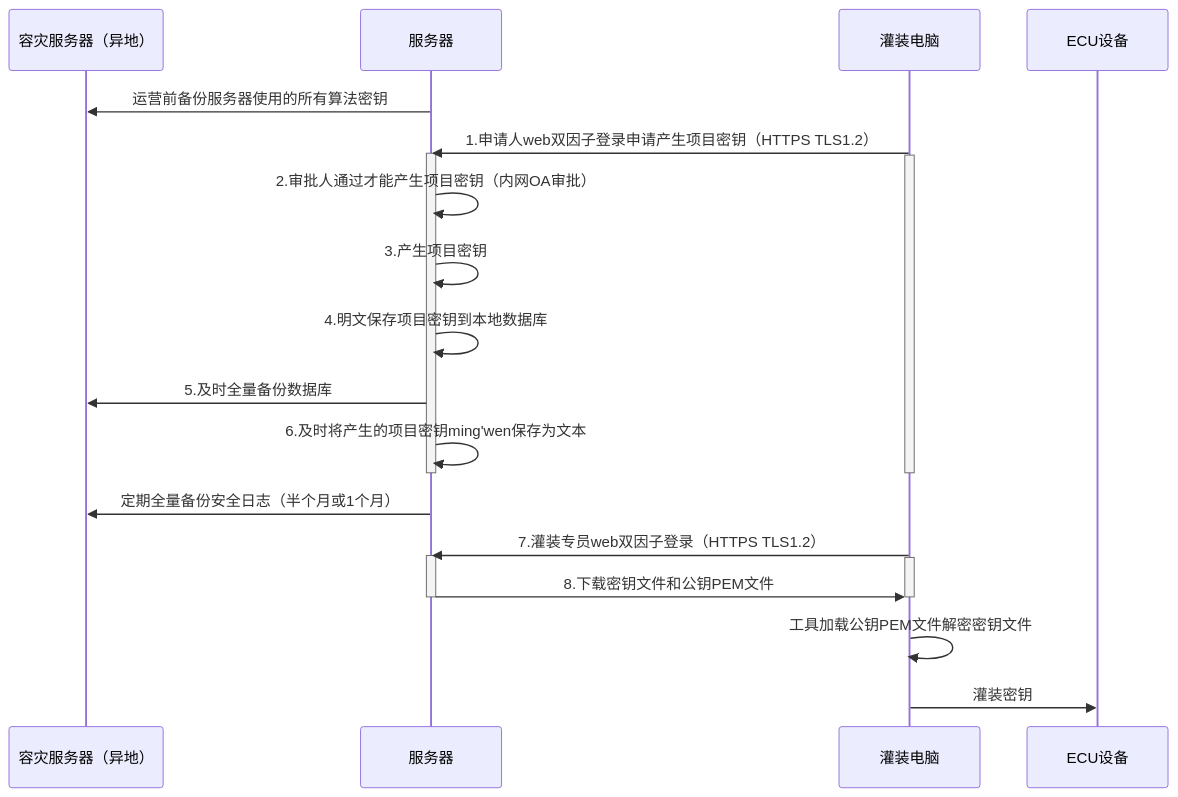
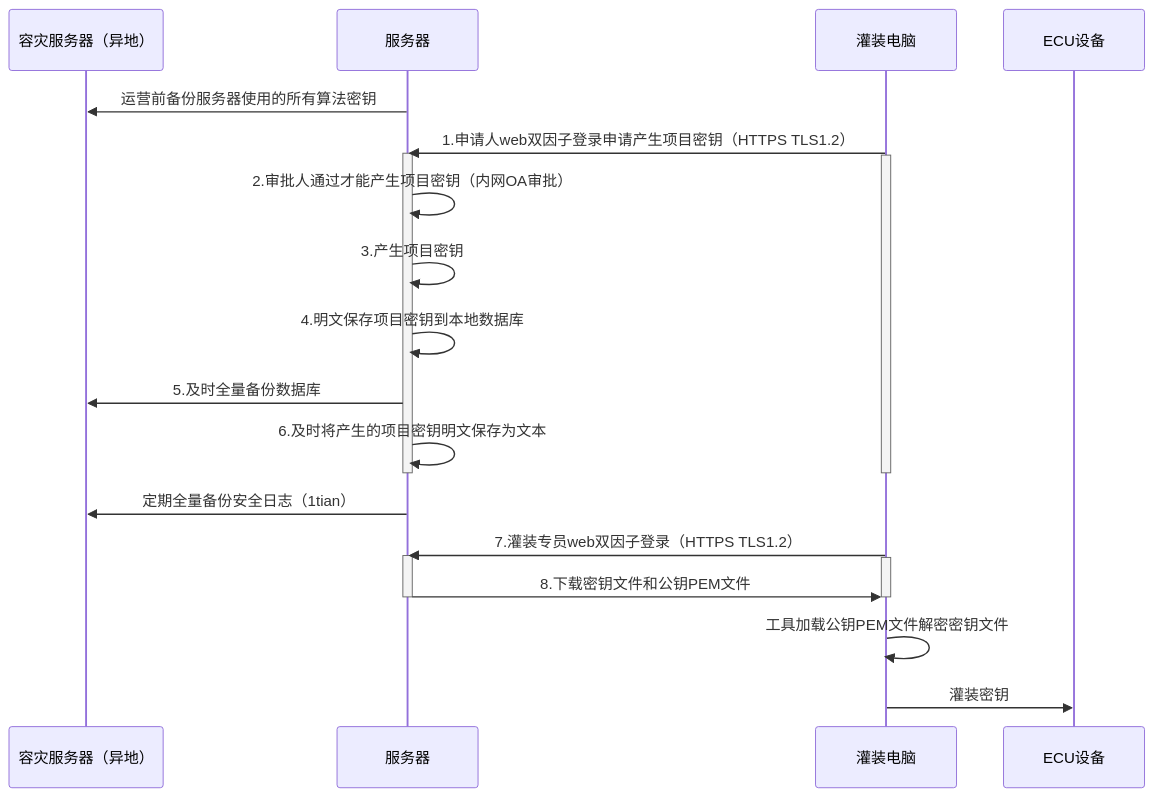
One commit to facebook-cloud/iodraw-files changed the diagram in all/未命名-17.md. Above: the diagram before and after it, drawn with Mermaid.

Commit message:
2026-03-05 20:50:43 update

````diff
--- a/all/未命名-17.md
+++ b/all/未命名-17.md
@@ -1,32 +1,32 @@
 ```mermaid
 sequenceDiagram
     participant A as 容灾服务器（异地）
     participant B as 服务器
     participant D as 灌装电脑
     participant E as ECU设备
 
     B->>A: 运营前备份服务器使用的所有算法密钥
     D->>B: 1.申请人web双因子登录申请产生项目密钥（HTTPS TLS1.2）
     activate B
     activate D
     B->>B: 2.审批人通过才能产生项目密钥（内网OA审批）
     B->>B: 3.产生项目密钥
     B->>B: 4.明文保存项目密钥到本地数据库
     B->>A: 5.及时全量备份数据库
-    B->>B: 6.及时将产生的项目密钥ming'wen保存为文本
+    B->>B: 6.及时将产生的项目密钥明文保存为文本
     deactivate B
     deactivate D
 
-    B->>A: 定期全量备份安全日志（半个月或1个月）
+    B->>A: 定期全量备份安全日志（1tian）
     
     D->>B: 7.灌装专员web双因子登录（HTTPS TLS1.2）
     activate B
     activate D
     B->>D: 8.下载密钥文件和公钥PEM文件
     deactivate B
     deactivate D
 
     D->>D:工具加载公钥PEM文件解密密钥文件
     
     D->>E: 灌装密钥
 ```
````
